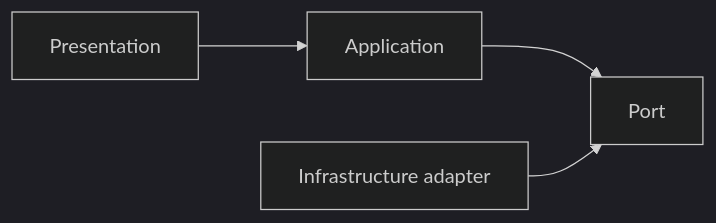
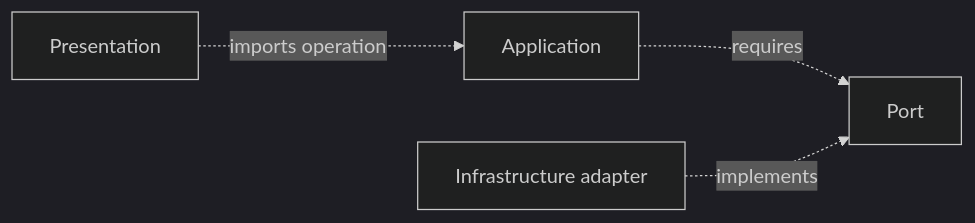
The fifth of 7 diagrams in onion-architecture/1-the-rings.md (AndresTaoFlorez/software-architecture), drawn with Mermaid (dark theme) before and after one commit. The commit also changed other lines of this file and 21 other files, not shown here.

````diff
--- a/onion-architecture/1-the-rings.md
+++ b/onion-architecture/1-the-rings.md
@@ -283,5 +223,5 @@
 ```mermaid
 flowchart LR
-    P["Presentation"] --> A["Application"] --> PORT["Port"]
-    I["Infrastructure adapter"] --> PORT
+    P["Presentation"] -. "imports operation" .-> A["Application"] -. "requires" .-> PORT["Port"]
+    I["Infrastructure adapter"] -. "implements" .-> PORT
 ```
````
